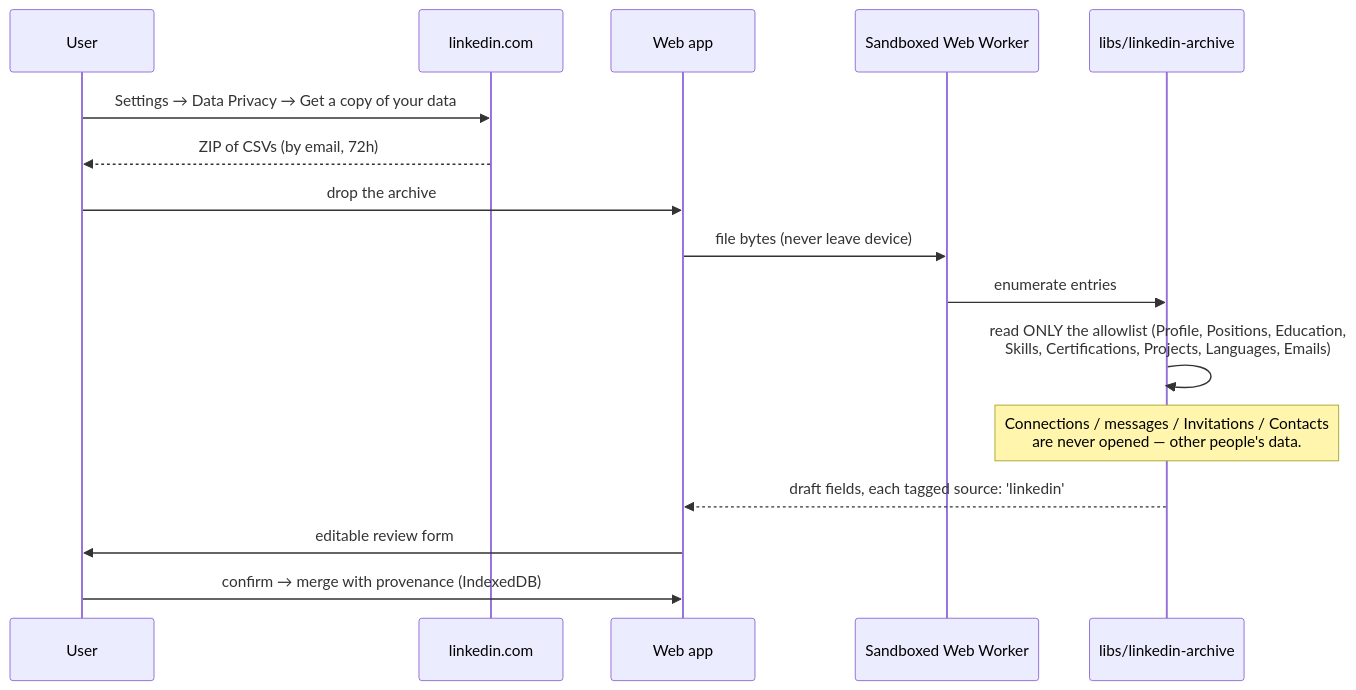
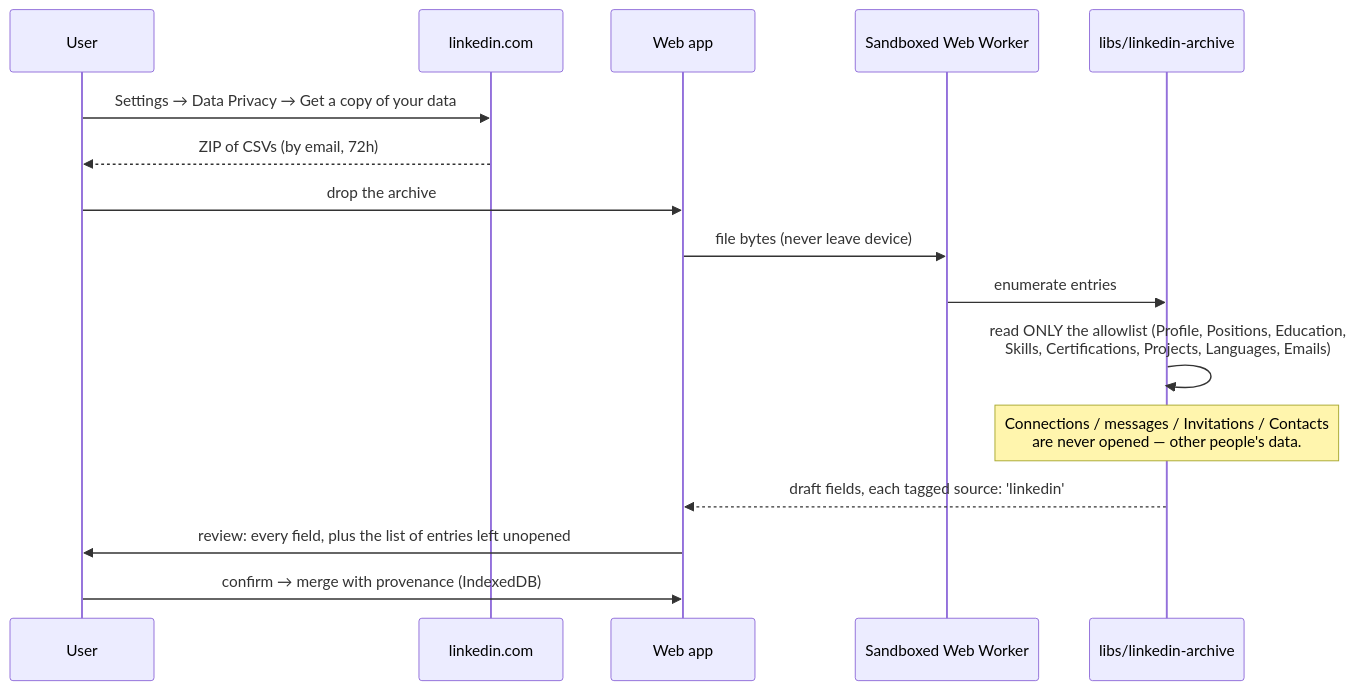
The seventh of 8 diagrams in ARCHITECTURE.md (MahmoudNasserGouda/cairn), drawn with Mermaid before and after one commit. The commit also changed other lines of this file and 44 other files, not shown here.

````diff
--- a/ARCHITECTURE.md
+++ b/ARCHITECTURE.md
@@ -264,19 +264,19 @@
 ```mermaid
 sequenceDiagram
     participant U as User
     participant LI as linkedin.com
     participant App as Web app
     participant W as Sandboxed Web Worker
     participant A as libs/linkedin-archive
 
     U->>LI: Settings → Data Privacy → Get a copy of your data
     LI-->>U: ZIP of CSVs (by email, 72h)
     U->>App: drop the archive
     App->>W: file bytes (never leave device)
     W->>A: enumerate entries
     A->>A: read ONLY the allowlist (Profile, Positions, Education,<br/>Skills, Certifications, Projects, Languages, Emails)
     Note over A: Connections / messages / Invitations / Contacts<br/>are never opened — other people's data.
     A-->>App: draft fields, each tagged source: 'linkedin'
-    App->>U: editable review form
+    App->>U: review: every field, plus the list of entries left unopened
     U->>App: confirm → merge with provenance (IndexedDB)
 ```
````
